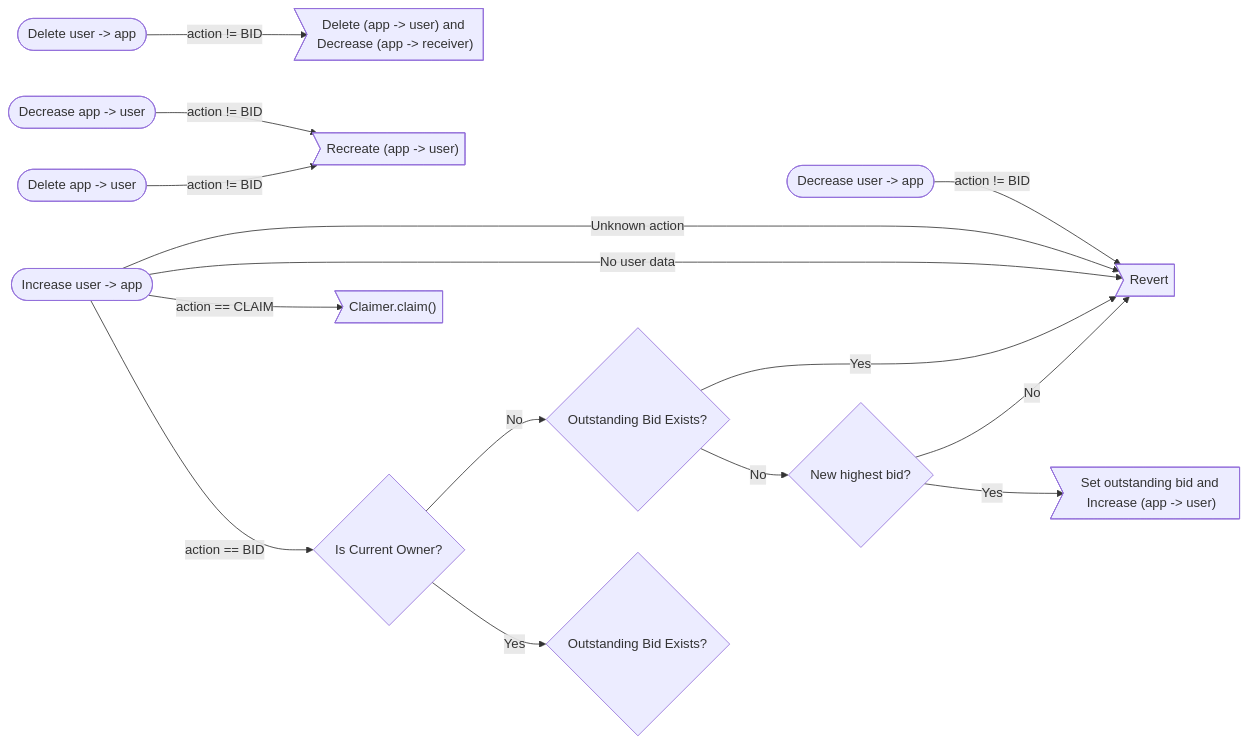
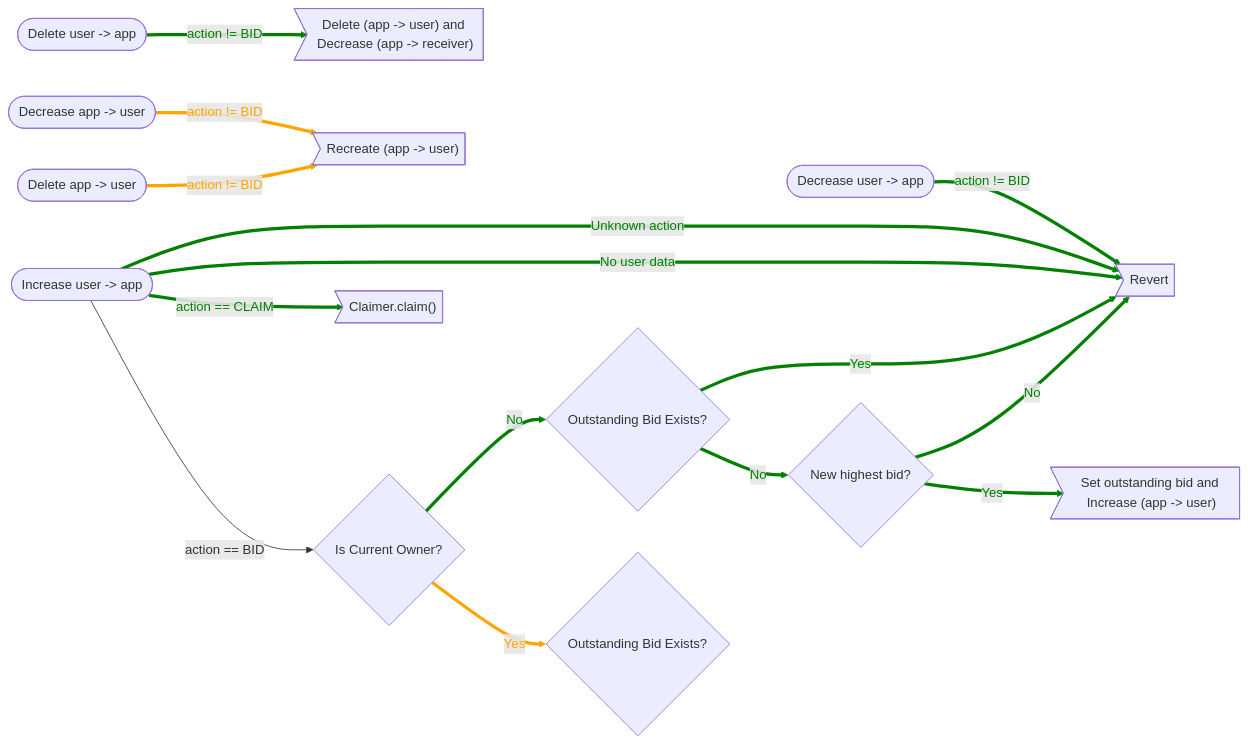
The diagram in content/notes/Draft Proposal - AuctionSuperApp.md (Geo-Web-Project/garden), drawn with Mermaid before and after one commit.

Commit message:
vault sync: 2022-02-08 15:27:02

````diff
--- a/content/notes/Draft Proposal - AuctionSuperApp.md
+++ b/content/notes/Draft Proposal - AuctionSuperApp.md
@@ -88,31 +88,35 @@
 ```mermaid
 flowchart LR  
  incrUserApp([Increase user -> app])
  decrUserApp([Decrease user -> app])
  delUserApp([Delete user -> app])
  decrAppUser([Decrease app -> user])
  delAppUser([Delete app -> user])
  revert>"Revert"]
  claim>"Claimer.claim()"]
  delAppUserAction>"Delete (app -> user) and Decrease (app -> receiver)"]
  recreateAppUser>"Recreate (app -> user)"]
  isCurOwner{"Is Current Owner?"}
  setOutBid>"Set outstanding bid and Increase (app -> user)"]
 
  incrUserApp -- "Unknown action" --> revert
  incrUserApp -- "No user data" --> revert
  incrUserApp -- "action == CLAIM" --> claim
  incrUserApp -- "action == BID" --> isCurOwner
  isCurOwner -- "No" --> outBid1{"Outstanding Bid Exists?"} -- "Yes" --> revert
  outBid1 -- "No" --> newBidder{"New highest bid?"}
  
  isCurOwner -- "Yes" --> outBid2{"Outstanding Bid Exists?"} 
  
  newBidder -- "No" --> revert
  newBidder -- "Yes" --> setOutBid
 
  decrUserApp -- "action != BID" --> revert
  delUserApp -- "action != BID" --> delAppUserAction
  decrAppUser -- "action != BID" --> recreateAppUser
  delAppUser -- "action != BID" --> recreateAppUser
+
+
+linkStyle 0,1,2,4,5,6,8,9,10,11 stroke:green,stroke-width:4px,color:green;
+linkStyle 7,12,13 stroke:orange,stroke-width:4px,color:orange;
 ```
````
